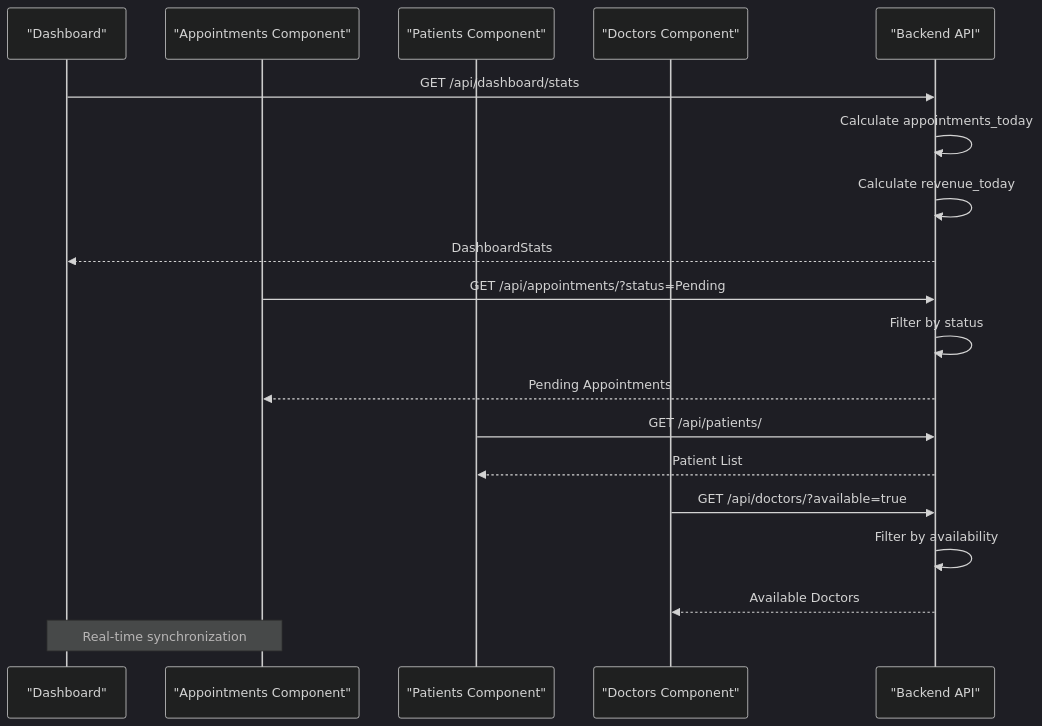
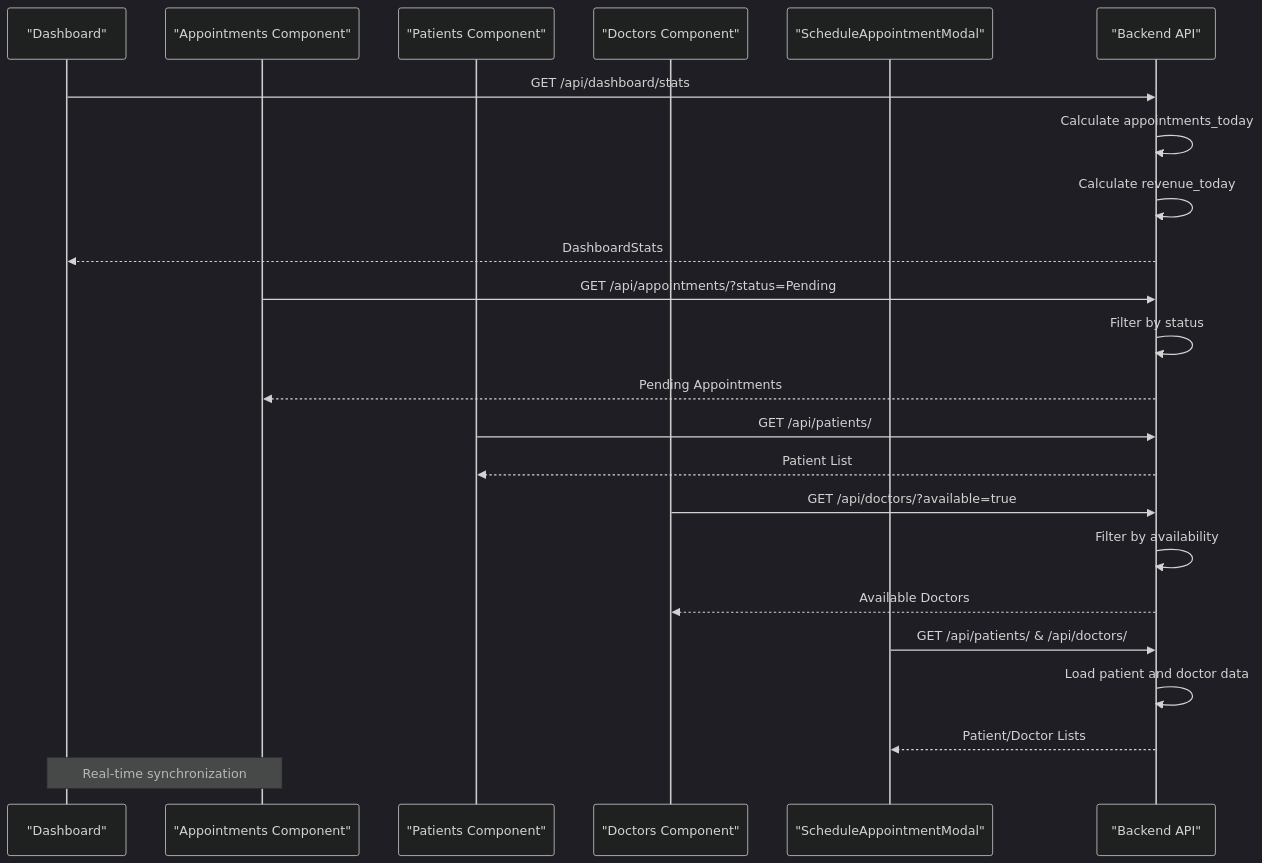
Before and after one commit to kasliwalsarthak7972/smart-healthcare-dashboard: the sixth of 8 diagrams in .qoder/repowiki/en/content/Frontend Component Architecture/Appointments Component.md, drawn with Mermaid (dark theme). The commit also changed other lines of this file and 7 other files, not shown here.

````diff
--- a/.qoder/repowiki/en/content/Frontend Component Architecture/Appointments Component.md
+++ b/.qoder/repowiki/en/content/Frontend Component Architecture/Appointments Component.md
@@ -323,21 +390,25 @@
 ```mermaid
 sequenceDiagram
 participant Dashboard as "Dashboard"
 participant Appointments as "Appointments Component"
 participant Patients as "Patients Component"
 participant Doctors as "Doctors Component"
+participant Modal as "ScheduleAppointmentModal"
 participant API as "Backend API"
 Dashboard->>API : GET /api/dashboard/stats
 API->>API : Calculate appointments_today
 API->>API : Calculate revenue_today
 API-->>Dashboard : DashboardStats
 Appointments->>API : GET /api/appointments/?status=Pending
 API->>API : Filter by status
 API-->>Appointments : Pending Appointments
 Patients->>API : GET /api/patients/
 API-->>Patients : Patient List
 Doctors->>API : GET /api/doctors/?available=true
 API->>API : Filter by availability
 API-->>Doctors : Available Doctors
+Modal->>API : GET /api/patients/ & /api/doctors/
+API->>API : Load patient and doctor data
+API-->>Modal : Patient/Doctor Lists
 Note over Dashboard,Appointments : Real-time synchronization
 ```
````
